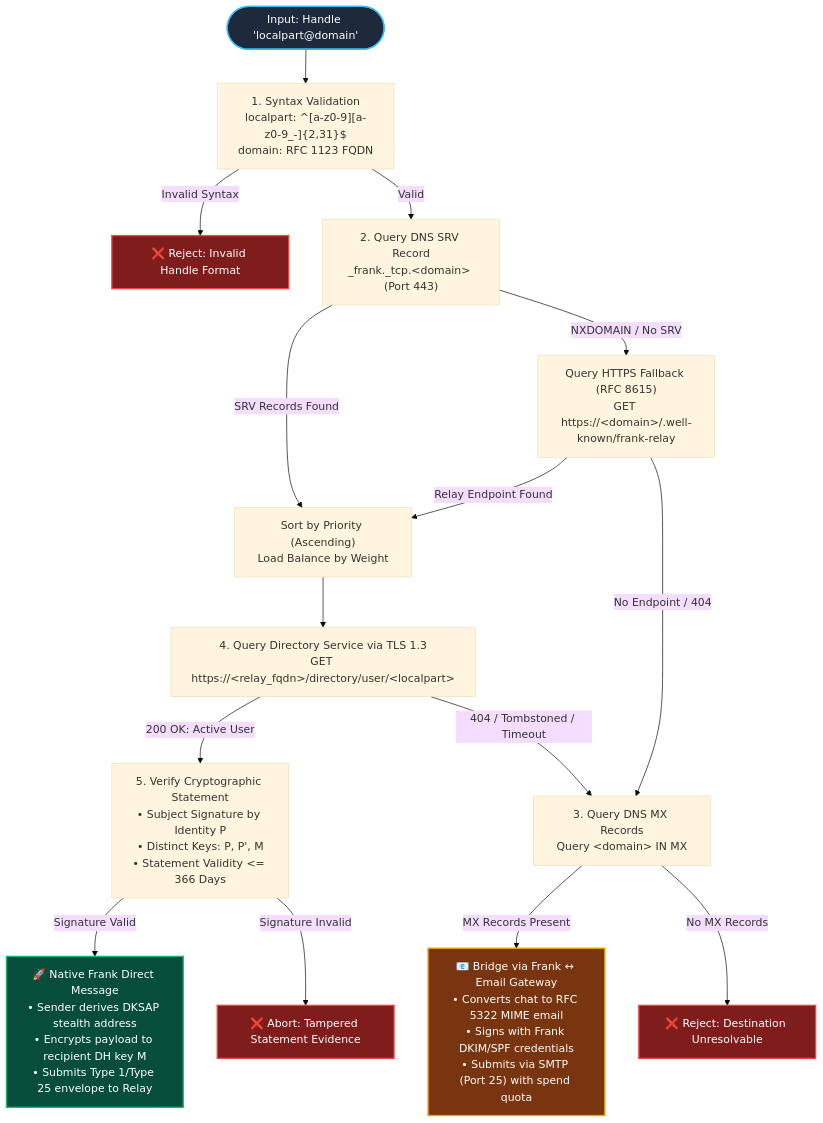
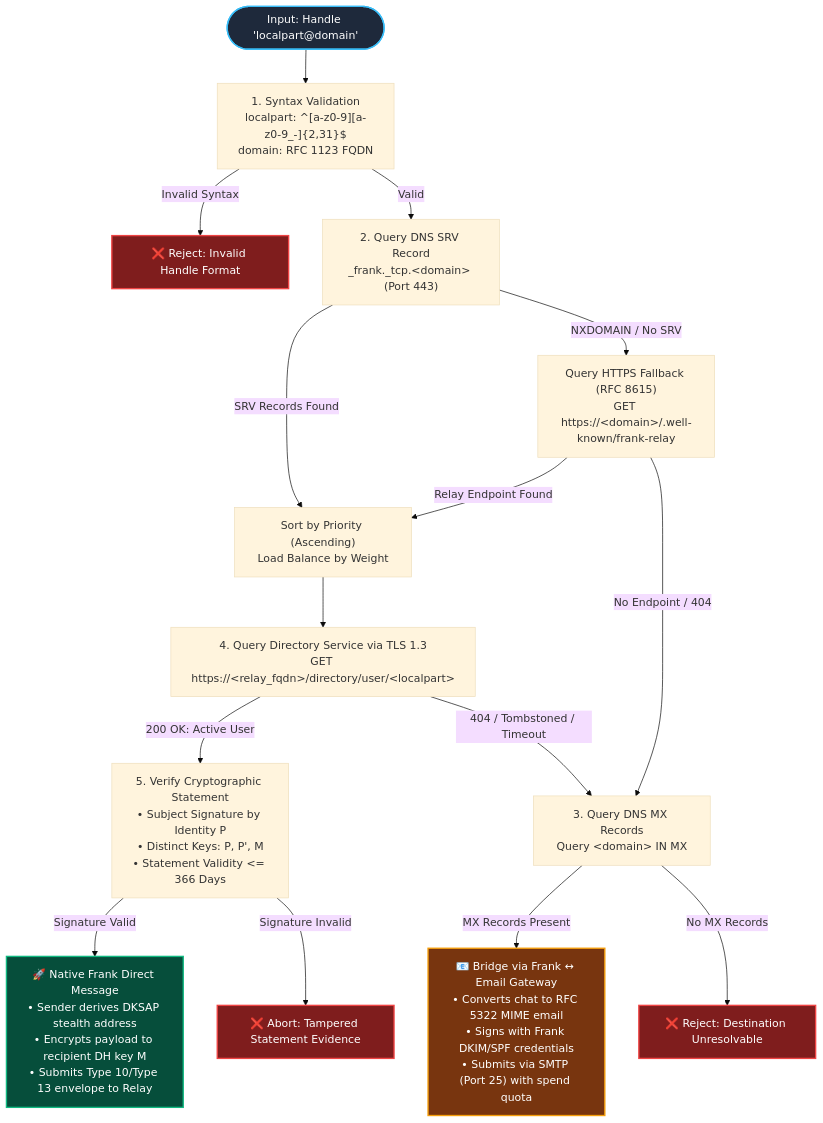
Before and after one commit to schancel/frank: the first of 3 diagrams in docs/vitepress-architecture-and-scaffold.md, drawn with Mermaid (base theme). The commit also changed other lines of this file and 13 other files, not shown here.

````diff
--- a/docs/vitepress-architecture-and-scaffold.md
+++ b/docs/vitepress-architecture-and-scaffold.md
@@ -91,31 +91,31 @@
 ```mermaid
 flowchart TD
     Start(["Input: Handle 'localpart@domain'"]) --> Syntax["1. Syntax Validation<br/>localpart: ^[a-z0-9][a-z0-9_-]{2,31}$<br/>domain: RFC 1123 FQDN"]
 
     Syntax -->|Invalid Syntax| ErrSyntax["❌ Reject: Invalid Handle Format"]
     Syntax -->|Valid| SRV["2. Query DNS SRV Record<br/>_frank._tcp.&lt;domain&gt; (Port 443)"]
 
     SRV -->|SRV Records Found| SortRelay["Sort by Priority (Ascending)<br/>Load Balance by Weight"]
     SRV -->|NXDOMAIN / No SRV| Fallback["Query HTTPS Fallback (RFC 8615)<br/>GET https://&lt;domain&gt;/.well-known/frank-relay"]
 
     Fallback -->|Relay Endpoint Found| SortRelay
     Fallback -->|No Endpoint / 404| CheckMX["3. Query DNS MX Records<br/>Query &lt;domain&gt; IN MX"]
 
     SortRelay --> DirectoryQuery["4. Query Directory Service via TLS 1.3<br/>GET https://&lt;relay_fqdn&gt;/directory/user/&lt;localpart&gt;"]
 
     DirectoryQuery -->|200 OK: Active User| VerifyStmt["5. Verify Cryptographic Statement<br/>• Subject Signature by Identity P<br/>• Distinct Keys: P, P', M<br/>• Statement Validity &lt;= 366 Days"]
     DirectoryQuery -->|404 / Tombstoned / Timeout| CheckMX
 
-    VerifyStmt -->|Signature Valid| NativeSend["🚀 Native Frank Direct Message<br/>• Sender derives DKSAP stealth address<br/>• Encrypts payload to recipient DH key M<br/>• Submits Type 1/Type 25 envelope to Relay"]
+    VerifyStmt -->|Signature Valid| NativeSend["🚀 Native Frank Direct Message<br/>• Sender derives DKSAP stealth address<br/>• Encrypts payload to recipient DH key M<br/>• Submits Type 10/Type 13 envelope to Relay"]
     VerifyStmt -->|Signature Invalid| ErrTamper["❌ Abort: Tampered Statement Evidence"]
 
     CheckMX -->|MX Records Present| GatewaySend["📧 Bridge via Frank &harr; Email Gateway<br/>• Converts chat to RFC 5322 MIME email<br/>• Signs with Frank DKIM/SPF credentials<br/>• Submits via SMTP (Port 25) with spend quota"]
     CheckMX -->|No MX Records| ErrUnresolv["❌ Reject: Destination Unresolvable"]
 
     style Start fill:#1e293b,stroke:#38bdf8,stroke-width:2px,color:#fff
     style NativeSend fill:#064e3b,stroke:#10b981,stroke-width:2px,color:#fff
     style GatewaySend fill:#78350f,stroke:#f59e0b,stroke-width:2px,color:#fff
     style ErrSyntax fill:#7f1d1d,stroke:#ef4444,stroke-width:2px,color:#fff
     style ErrTamper fill:#7f1d1d,stroke:#ef4444,stroke-width:2px,color:#fff
     style ErrUnresolv fill:#7f1d1d,stroke:#ef4444,stroke-width:2px,color:#fff
 ```
````
